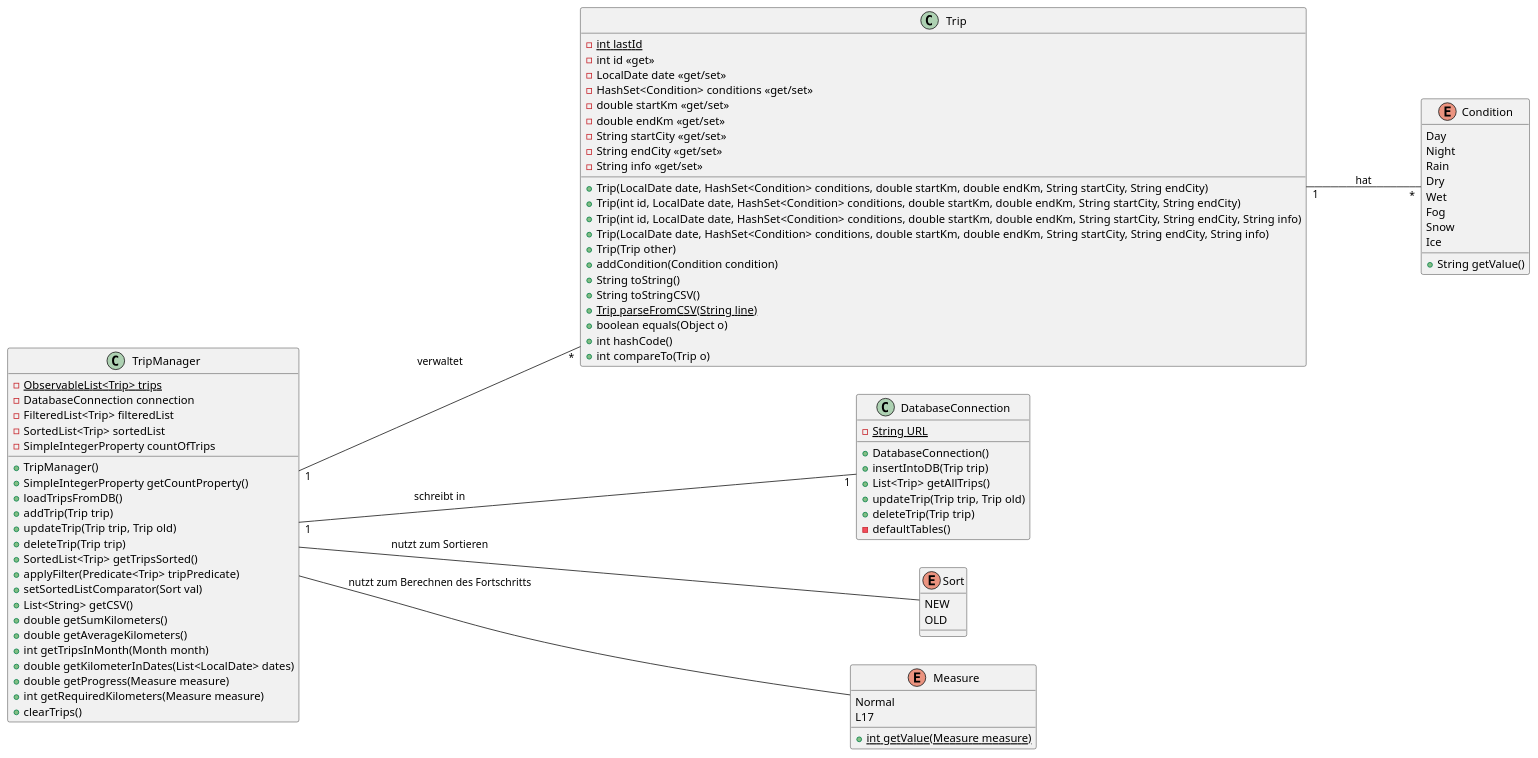
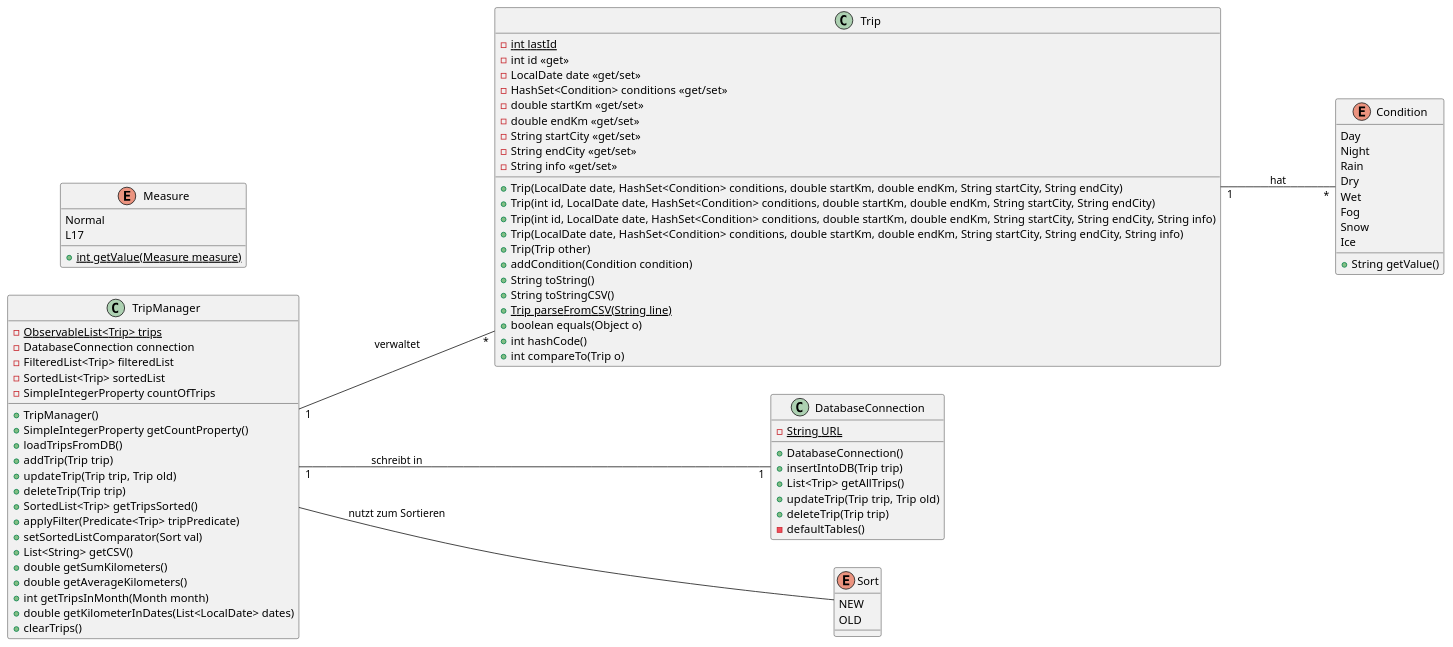
One commit to jbrunnerhtl/Driving_Tracker_Java_Docs changed the diagram in asciidocs/docs/structure.adoc. Above: the diagram before and after it, drawn with PlantUML. The commit also changed 2 other files, not shown here.

Commit message:
updated cld

```diff
--- a/asciidocs/docs/structure.adoc
+++ b/asciidocs/docs/structure.adoc
@@ -67,8 +67,6 @@
     +double getAverageKilometers()
     +int getTripsInMonth(Month month)
     +double getKilometerInDates(List<LocalDate> dates)
-    +double getProgress(Measure measure)
-    +int getRequiredKilometers(Measure measure)
     +clearTrips()
 }
 
@@ -110,7 +108,6 @@
 TripManager "1" --- "*" Trip : verwaltet
 TripManager "1" --- "1" DatabaseConnection : schreibt in
 TripManager --- Sort : nutzt zum Sortieren
-TripManager --- Measure : nutzt zum Berechnen des Fortschritts
 
 @enduml
 ----
```
